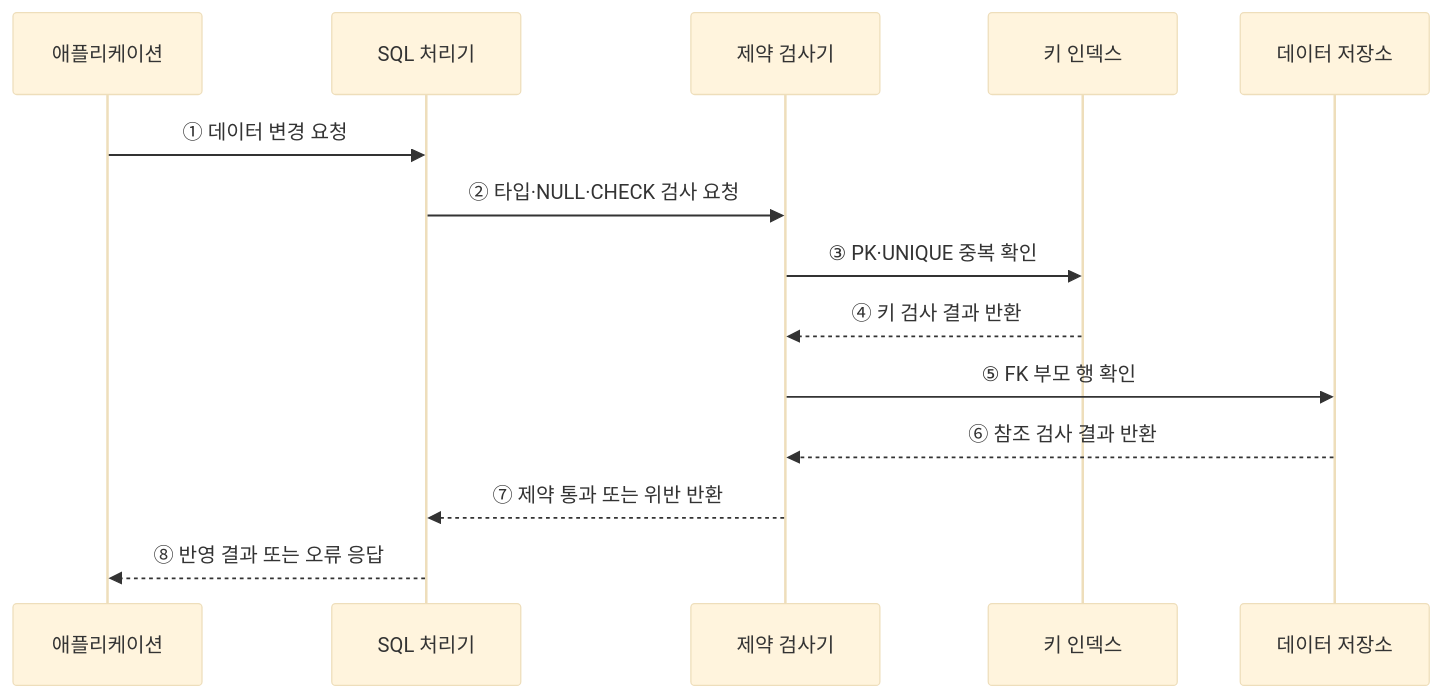
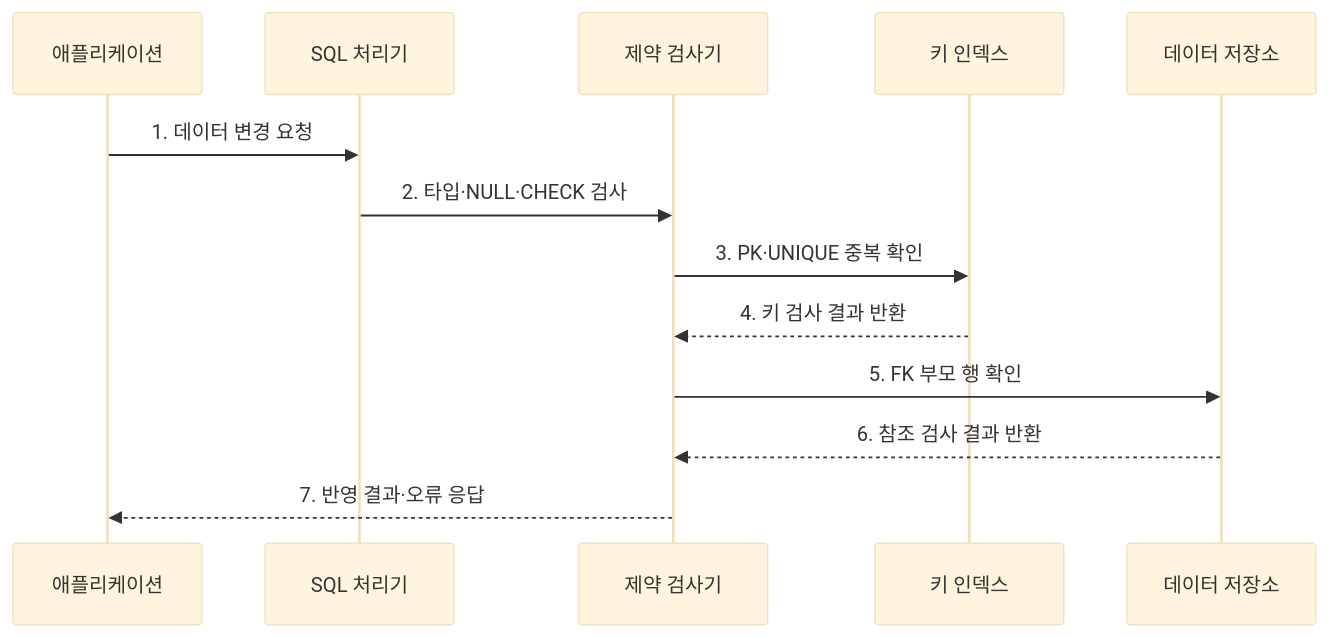
One commit to agnusdei1207/knowledge-base changed the second of 2 diagrams in src/content/docs/notes/03-software/091_database_integrity_constraints.md. Above: the diagram before and after it, drawn with Mermaid (base theme). The commit also changed other lines of this file and 20 other files, not shown here.

````diff
--- a/src/content/docs/notes/03-software/091_database_integrity_constraints.md
+++ b/src/content/docs/notes/03-software/091_database_integrity_constraints.md
@@ -71,16 +77,15 @@
 ```mermaid
 sequenceDiagram
     participant APP as 애플리케이션
     participant SQL as SQL 처리기
     participant RULE as 제약 검사기
     participant IDX as 키 인덱스
     participant DATA as 데이터 저장소
-    APP->>SQL: ① 데이터 변경 요청
-    SQL->>RULE: ② 타입·NULL·CHECK 검사 요청
-    RULE->>IDX: ③ PK·UNIQUE 중복 확인
-    IDX-->>RULE: ④ 키 검사 결과 반환
-    RULE->>DATA: ⑤ FK 부모 행 확인
-    DATA-->>RULE: ⑥ 참조 검사 결과 반환
-    RULE-->>SQL: ⑦ 제약 통과 또는 위반 반환
-    SQL-->>APP: ⑧ 반영 결과 또는 오류 응답
+    APP->>SQL: 1. 데이터 변경 요청
+    SQL->>RULE: 2. 타입·NULL·CHECK 검사
+    RULE->>IDX: 3. PK·UNIQUE 중복 확인
+    IDX-->>RULE: 4. 키 검사 결과 반환
+    RULE->>DATA: 5. FK 부모 행 확인
+    DATA-->>RULE: 6. 참조 검사 결과 반환
+    RULE-->>APP: 7. 반영 결과·오류 응답
 ```
````
